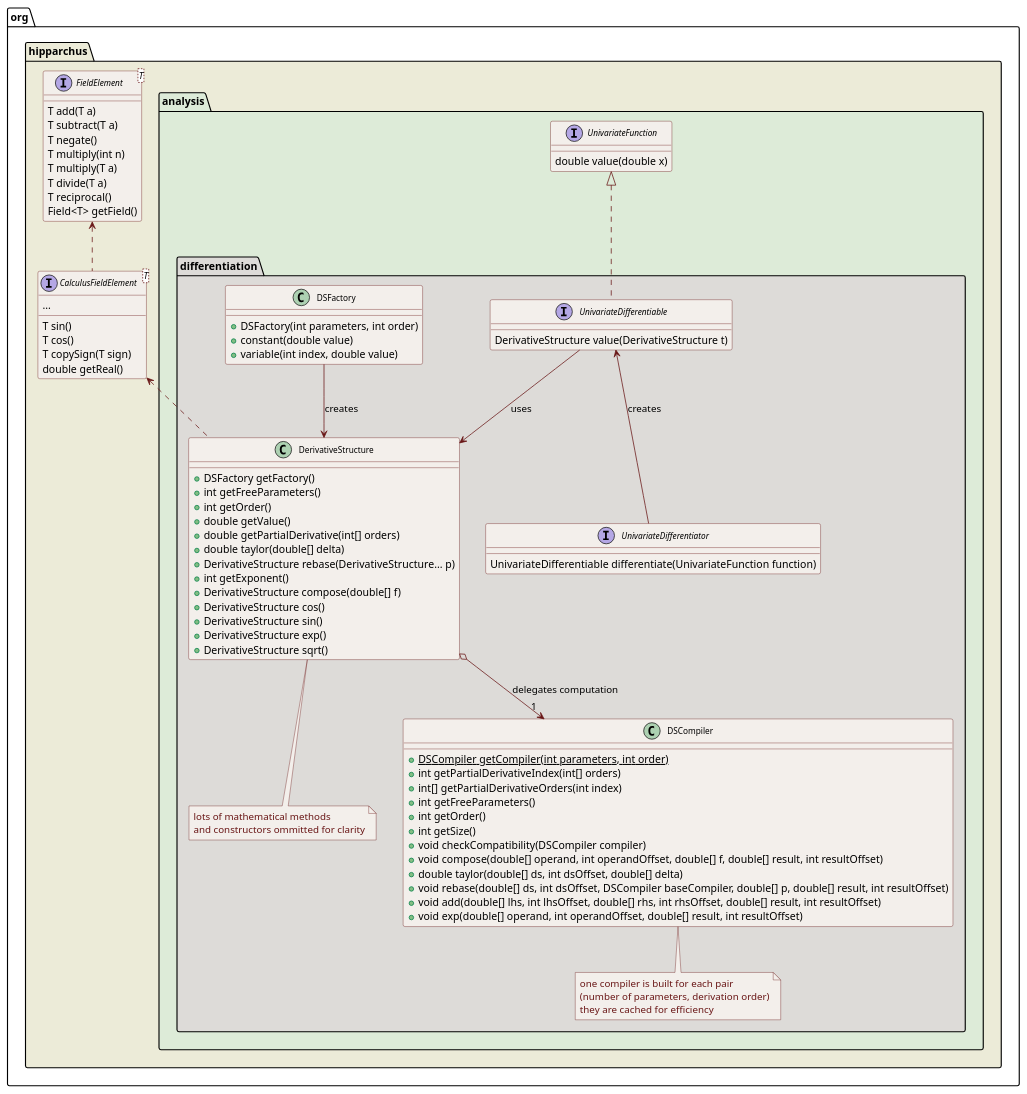
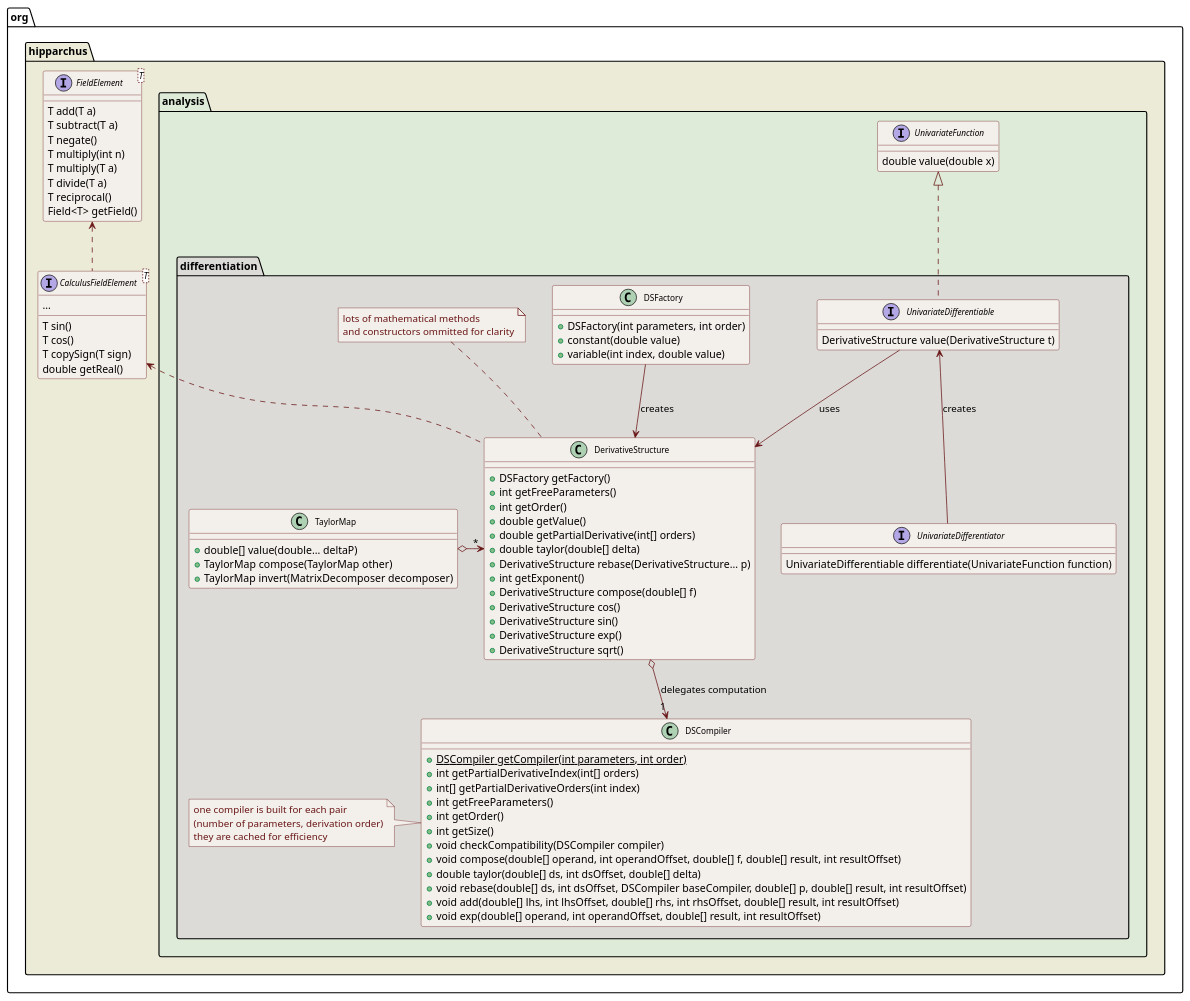
One commit to Hipparchus-Math/hipparchus changed the diagram in hipparchus-core/src/site/design/differentiation.puml. Above: the diagram before and after it, drawn with PlantUML. The commit also changed 1 other file, not shown here.

```diff
--- a/hipparchus-core/src/site/design/differentiation.puml
+++ b/hipparchus-core/src/site/design/differentiation.puml
@@ -16,106 +16,113 @@
 @startuml
 
   skinparam svek                  true
   skinparam ClassBackgroundColor  #F3EFEB
   skinparam ClassArrowColor       #691616
   skinparam ClassBorderColor      #691616
   skinparam NoteBackgroundColor   #F3EFEB
   skinparam NoteBorderColor       #691616
   skinparam NoteFontColor         #691616
   skinparam ClassFontSize         11
 
   package org.hipparchus #ECEBD8 {
 
     interface "FieldElement<T>" as FieldElement_T_ {
       T add(T a)
       T subtract(T a)
       T negate()
       T multiply(int n)
       T multiply(T a)
       T divide(T a)
       T reciprocal()
       Field<T> getField()
     }
 
     interface "CalculusFieldElement<T>" as CalculusFieldElement_T_ {
       T sin()
       T cos()
       ...
       T copySign(T sign)
       double getReal()
     }
 
     package analysis #DDEBD8  {
       interface UnivariateFunction {
         double value(double x)
       }
 
       package differentiation #DDDBD8 {
 
         class DSFactory {
           +DSFactory(int parameters, int order)
           +constant(double value)
           +variable(int index, double value)
         }
 
         class DerivativeStructure {
           +DSFactory getFactory()
           +int getFreeParameters()
           +int getOrder()
           +double getValue()
           +double getPartialDerivative(int[] orders)
           +double taylor(double[] delta)
           +DerivativeStructure rebase(DerivativeStructure... p)
           +int getExponent()
           +DerivativeStructure compose(double[] f)
           +DerivativeStructure cos()
           +DerivativeStructure sin()
           +DerivativeStructure exp()
           +DerivativeStructure sqrt()
         }
-        note bottom
+        note top
           lots of mathematical methods
           and constructors ommitted for clarity
         end note
 
         class DSCompiler {
           {static} +DSCompiler getCompiler(int parameters, int order)
           +int getPartialDerivativeIndex(int[] orders)
           +int[] getPartialDerivativeOrders(int index)
           +int getFreeParameters()
           +int getOrder()
           +int getSize()
           +void checkCompatibility(DSCompiler compiler)
           +void compose(double[] operand, int operandOffset, double[] f, double[] result, int resultOffset)
           +double taylor(double[] ds, int dsOffset, double[] delta)
           +void rebase(double[] ds, int dsOffset, DSCompiler baseCompiler, double[] p, double[] result, int resultOffset)
           +void add(double[] lhs, int lhsOffset, double[] rhs, int rhsOffset, double[] result, int resultOffset)
           +void exp(double[] operand, int operandOffset, double[] result, int resultOffset)
         }
-        note bottom
+        note left
           one compiler is built for each pair
           (number of parameters, derivation order)
           they are cached for efficiency
         end note
+
+        class TaylorMap {
+          +double[] value(double... deltaP)
+          +TaylorMap compose(TaylorMap other)
+          +TaylorMap invert(MatrixDecomposer decomposer)
+        }
 
         interface UnivariateDifferentiable {
           DerivativeStructure value(DerivativeStructure t)
         }
 
         interface UnivariateDifferentiator {
           UnivariateDifferentiable differentiate(UnivariateFunction function)
         }
 
         FieldElement_T_     <..      CalculusFieldElement_T_
         CalculusFieldElement_T_     <..      DerivativeStructure
         DSFactory           --> DerivativeStructure : creates
         DerivativeStructure o--> "1" DSCompiler : delegates computation
         UnivariateFunction  <|..     UnivariateDifferentiable
         UnivariateDifferentiable <-- UnivariateDifferentiator : creates
         UnivariateDifferentiable --> DerivativeStructure : uses
+        TaylorMap o-right-> "*" DerivativeStructure
 
       }
     }
   }
 
 @enduml
```
